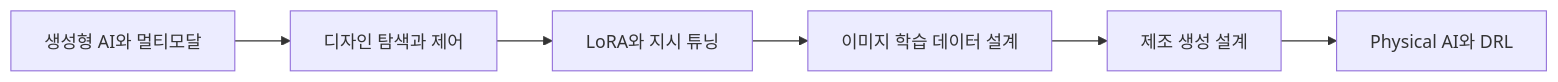
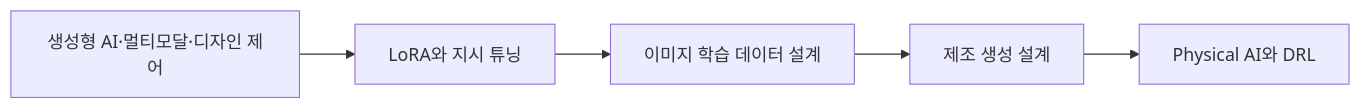
One commit to umyunsang/edu changed the diagram in ComputerScience/03_ai-ml-data/generative-ai-fine-tuning/README.md. Above: the diagram before and after it, drawn with Mermaid. The commit also changed 1 other file, not shown here.

Commit message:
Auto-save: Updated ComputerScience/03_ai-ml-data/generative-ai-fine-tuning/README.md, ComputerScience/03_ai-ml-data/generative-ai-fine-tuning/notes/50. 이미지 LoRA 학습과 적용.md

````diff
--- a/ComputerScience/03_ai-ml-data/generative-ai-fine-tuning/README.md
+++ b/ComputerScience/03_ai-ml-data/generative-ai-fine-tuning/README.md
@@ -30,8 +30,7 @@
 ```mermaid
 flowchart LR
-    A["생성형 AI와 멀티모달"] --> B["디자인 탐색과 제어"]
-    B --> C["LoRA와 지시 튜닝"]
-    C --> D["이미지 학습 데이터 설계"]
-    D --> E["제조 생성 설계"]
-    E --> F["Physical AI와 DRL"]
+    A["생성형 AI·멀티모달·디자인 제어"] --> B["LoRA와 지시 튜닝"]
+    B --> C["이미지 학습 데이터 설계"]
+    C --> D["제조 생성 설계"]
+    D --> E["Physical AI와 DRL"]
 ```
````
